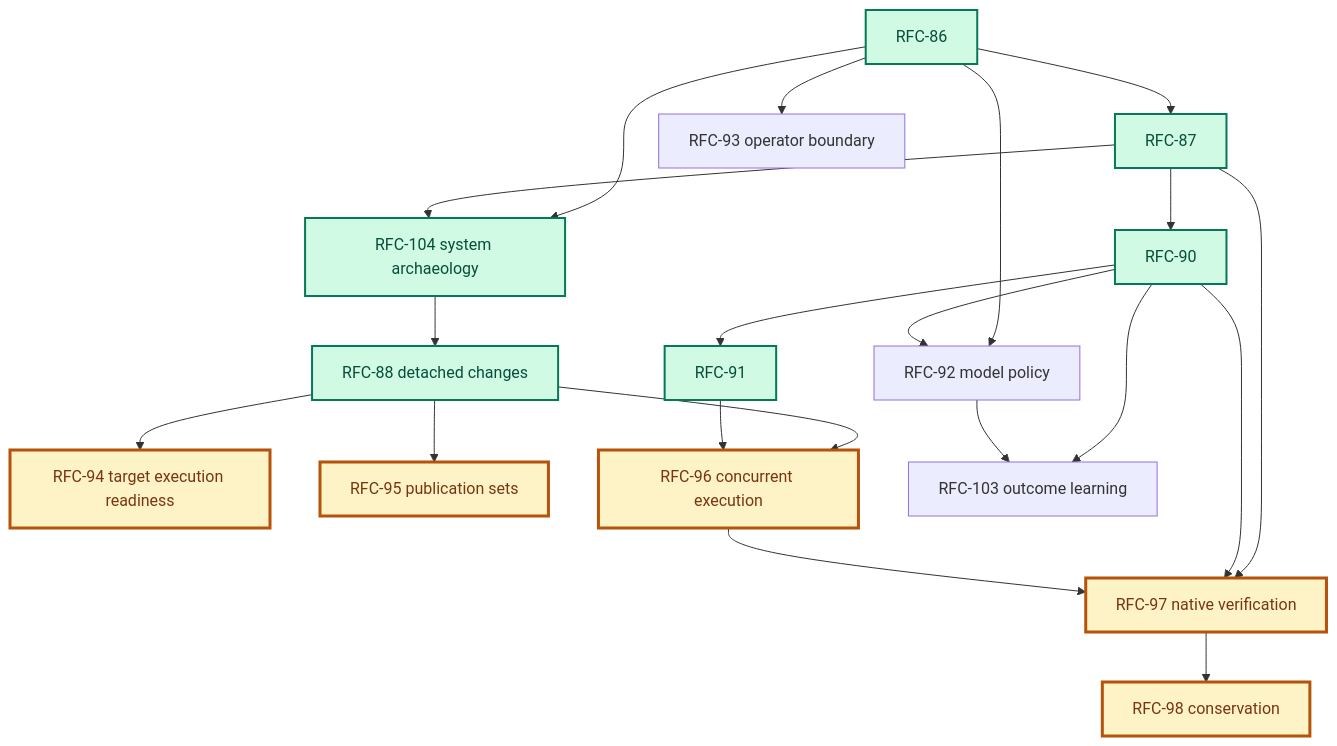
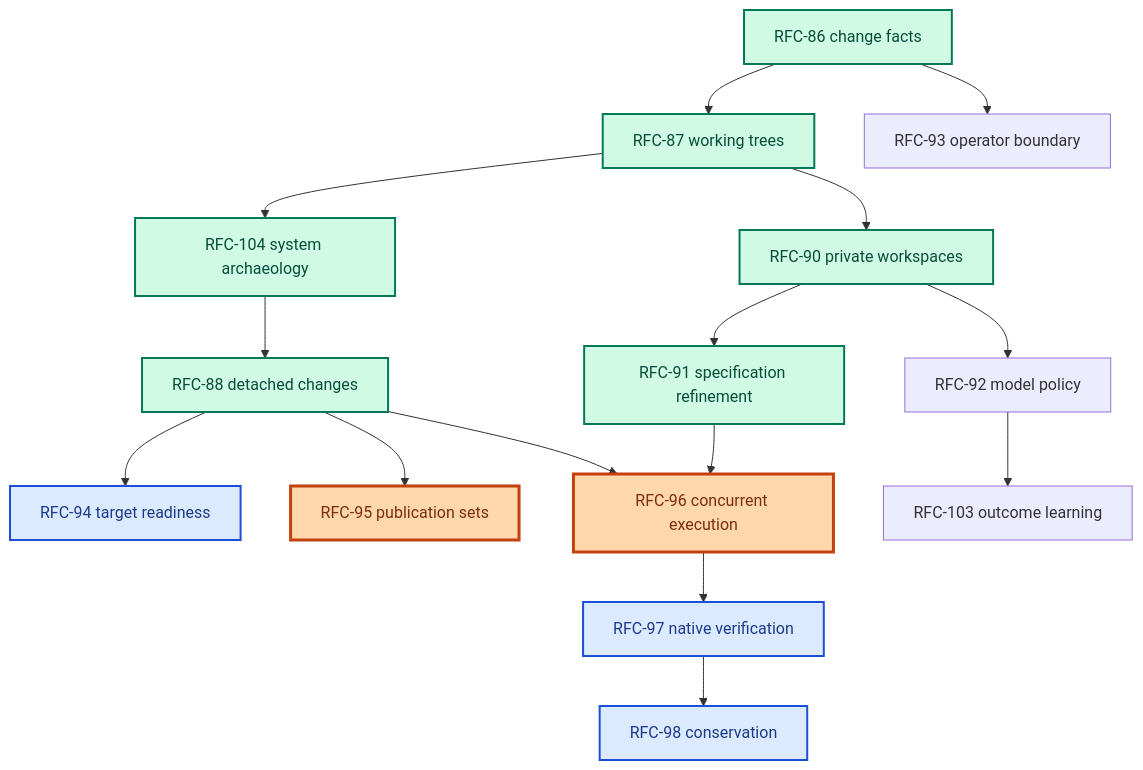
The diagram in rfcs/platform.md (augentic/anvil), drawn with Mermaid before and after one commit. The commit also changed other lines of this file and 17 other files, not shown here.

````diff
--- a/rfcs/platform.md
+++ b/rfcs/platform.md
@@ -41,27 +23,24 @@
 ```mermaid
 flowchart TD
-    R86[RFC-86] --> R87[RFC-87]
-    R86 --> R104[RFC-104 system archaeology]
-    R86 --> R92[RFC-92 model policy]
+    R86[RFC-86 change facts] --> R87[RFC-87 working trees]
     R86 --> R93[RFC-93 operator boundary]
-    R87 --> R104
+    R87 --> R104[RFC-104 system archaeology]
+    R87 --> R90[RFC-90 private workspaces]
     R104 --> R88[RFC-88 detached changes]
-    R87 --> R90[RFC-90]
-    R90 --> R91[RFC-91]
-    R90 --> R92
-    R87 --> R97[RFC-97 native verification]
-    R90 --> R97
-    R88 --> R94[RFC-94 target execution readiness]
+    R88 --> R94[RFC-94 target readiness]
     R88 --> R95[RFC-95 publication sets]
     R88 --> R96[RFC-96 concurrent execution]
-    R91 --> R96
-    R96 --> R97
+    R90 --> R91[RFC-91 specification refinement]
+    R90 --> R92[RFC-92 model policy]
+    R91 --> R96[RFC-96 concurrent execution]
+    R92 --> R103[RFC-103 outcome learning]
+    R96 --> R97[RFC-97 native verification]
     R97 --> R98[RFC-98 conservation]
-    R90 --> R103[RFC-103 outcome learning]
-    R92 --> R103
 
     classDef done fill:#d1fae5,stroke:#047857,color:#064e3b,stroke-width:2px
-    classDef critical fill:#fef3c7,stroke:#b45309,color:#78350f,stroke-width:3px
+    classDef nearterm fill:#fed7aa,stroke:#c2410c,color:#7c2d12,stroke-width:3px
+    classDef later fill:#dbeafe,stroke:#1d4ed8,color:#1e3a8a,stroke-width:2px
     class R86,R87,R88,R90,R91,R104 done
-    class R94,R95,R96,R97,R98 critical
+    class R95,R96 nearterm
+    class R94,R97,R98 later
 ```
````
